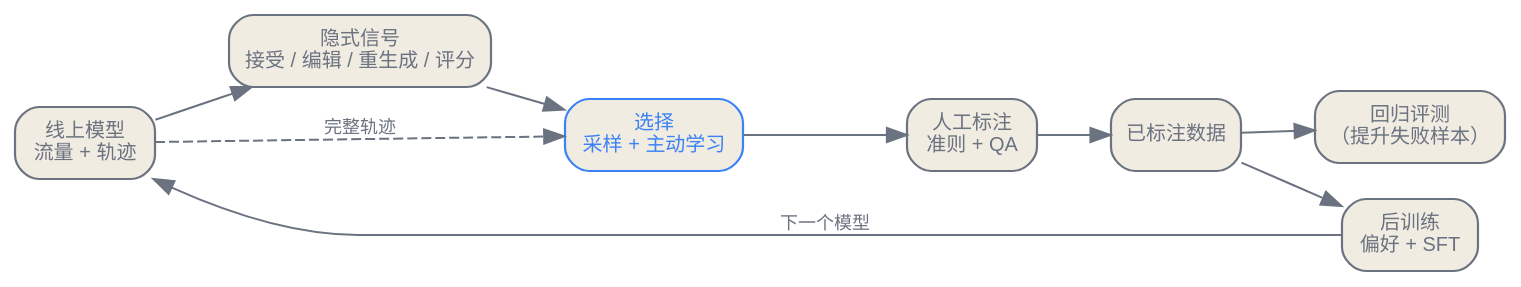
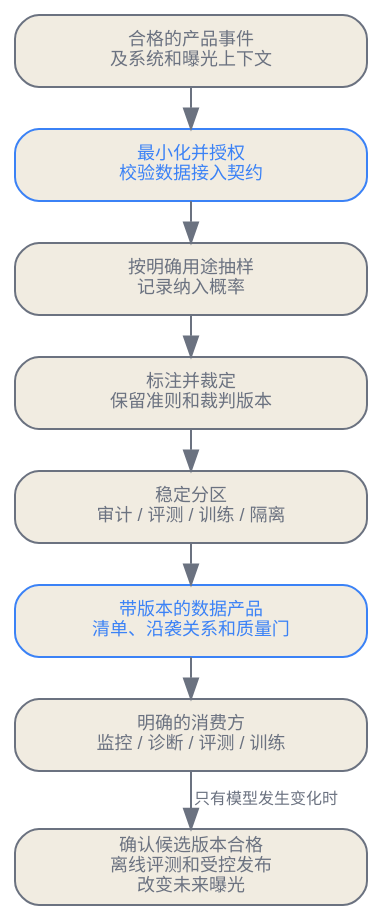
One commit to latere-ai/ai-as-an-infrastructure changed the diagram in zh/practice/12-production-data-engine.qmd. Above: the diagram before and after it, drawn with Graphviz. The commit also changed other lines of this file and 2 other files, not shown here.

Commit message:
docs: rewrite Chinese production data chapter

````diff
--- a/zh/practice/12-production-data-engine.qmd
+++ b/zh/practice/12-production-data-engine.qmd
@@ -15,25 +41,23 @@
 ```{dot}
 //| label: fig-data-engine-loop
-//| fig-cap: "作为常设循环的生产数据引擎。上线流量吐出轨迹和隐式信号；采样与主动学习挑出少数值得人工标注的轨迹；标注后的数据分流为一个回归评测集和一批新鲜的后训练数据，后者产出下一个模型，去服务下一批流量。"
+//| fig-cap: "一条受治理的生产数据流水线。合格事件先经过最小化与授权校验，再按明确用途抽样，必要时接受标注，随后进入稳定分区，并发布为带版本的数据产品。训练只是受门控的消费用途之一，并非每个事件的终点。"
 digraph engine {
-  rankdir=LR;
+  rankdir=TB;
   bgcolor="transparent";
-  node [shape=box, style="rounded,filled", fontname="Helvetica", fontsize=10, color="#6b7280", fontcolor="#6b7280", fillcolor="#f1ece1", penwidth=1.1];
-  edge [color="#6b7280", fontcolor="#6b7280", fontsize=9];
+  graph [nodesep=0.18, ranksep=0.26];
+  node [shape=box, style="rounded,filled", fontname="Helvetica", fontsize=9, color="#6b7280", fontcolor="#6b7280", fillcolor="#f1ece1", margin="0.09,0.06", width=2.45];
+  edge [color="#6b7280", fontcolor="#6b7280", fontsize=8];
 
-  serve [label="线上模型\n流量 + 轨迹"];
-  imp   [label="隐式信号\n接受 / 编辑 / 重生成 / 评分"];
-  sel   [label="选择\n采样 + 主动学习", color="#3b82f6", fontcolor="#3b82f6"];
-  label [label="人工标注\n准则 + QA"];
-  data  [label="已标注数据"];
-  evalq [label="回归评测\n（提升失败样本）"];
-  train [label="后训练\n偏好 + SFT"];
+  event [label="合格的产品事件\n及系统和曝光上下文"];
+  intake [label="最小化并授权\n校验数据接入契约", color="#3b82f6", fontcolor="#3b82f6"];
+  sample [label="按明确用途抽样\n记录纳入概率"];
+  judge [label="标注并裁定\n保留准则和裁判版本"];
+  split [label="稳定分区\n审计 / 评测 / 训练 / 隔离"];
+  release [label="带版本的数据产品\n清单、沿袭关系和质量门", color="#3b82f6", fontcolor="#3b82f6"];
+  consumer [label="明确的消费方\n监控 / 诊断 / 评测 / 训练"];
+  gate [label="确认候选版本合格\n离线评测和受控发布\n改变未来曝光"];
 
-  serve -> imp -> sel;
-  serve -> sel [style=dashed, label="完整轨迹"];
-  sel -> label -> data;
-  data -> evalq;
-  data -> train;
-  train -> serve [label="下一个模型"];
+  event -> intake -> sample -> judge -> split -> release -> consumer;
+  consumer -> gate [label="只有模型发生变化时"];
 }
 ```
````
